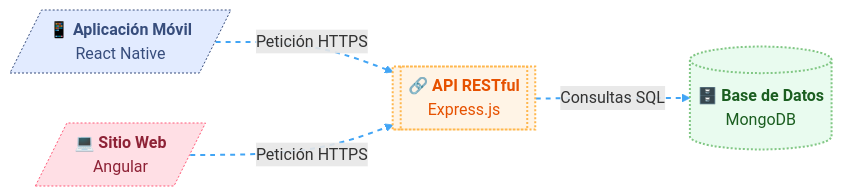
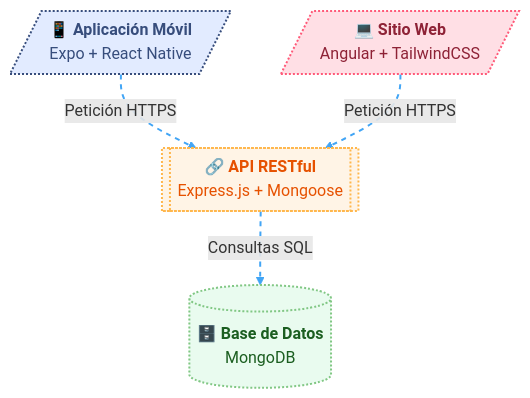
The diagram in README.md (JohnMata0427/Mobile-App-Flor-y-Cera), drawn with Mermaid before and after one commit. The commit also changed other lines of this file, not shown here.

````diff
--- a/README.md
+++ b/README.md
@@ -19,25 +21,25 @@
 ```mermaid
-flowchart LR
-  APP@{ shape: lean-r, label: "📱 **Aplicación Móvil**<br/>React Native" }
-  WEB@{ shape: lean-r, label: "💻 **Sitio Web**<br/>Angular" }
-  API@{ shape: subproc, label: "🔗 **API RESTful**<br/>Express.js" }
+flowchart TB
+  APP@{ shape: lean-r, label: "📱 **Aplicación Móvil**<br/>Expo + React Native" }
+  WEB@{ shape: lean-r, label: "💻 **Sitio Web**<br/>Angular + TailwindCSS" }
+  API@{ shape: subproc, label: "🔗 **API RESTful**<br/>Express.js + Mongoose" }
   DB@{ shape: cylinder, label: "🗄️ **Base de Datos**<br/>MongoDB" }
 
   APP -. Petición HTTPS .-> API
   WEB -. Petición HTTPS .-> API
   API -. Consultas SQL .-> DB
 
   APP:::application
   WEB:::frontend
   API:::backend
   DB:::database
 
-  classDef application stroke-width:1px, stroke-dasharray:none, stroke:#374D7C, fill:#E2EBFF, color:#374D7C, stroke-dasharray: 2
-  classDef frontend stroke-width:1px, stroke-dasharray:none, stroke:#FF5978, fill:#FFDFE5, color:#8E2236, stroke-dasharray: 2
-  classDef backend fill:#FFF4E6,stroke:#FFB74D,stroke-width:2px,color:#E65100,shadow, stroke-dasharray: 2
-  classDef database fill:#E9FBEF,stroke:#81C784,stroke-width:2px,color:#1B5E20,shadow, stroke-dasharray: 2
+  classDef application stroke-width:2px,stroke:#374D7C,fill:#E2EBFF,color:#374D7C,stroke-dasharray: 2
+  classDef frontend stroke-width:2px,stroke:#FF5978,fill:#FFDFE5,color:#8E2236,stroke-dasharray: 2
+  classDef backend fill:#FFF4E6,stroke:#FFB74D,stroke-width:2px,color:#E65100,shadow,stroke-dasharray: 2
+  classDef database fill:#E9FBEF,stroke:#81C784,stroke-width:2px,color:#1B5E20,shadow,stroke-dasharray: 2
 
-  linkStyle 0 stroke:#42A5F5,stroke-width:2px,fill:none,stroke-dasharray: 5 5
-  linkStyle 1 stroke:#42A5F5,stroke-width:2px,fill:none,stroke-dasharray: 5 5
-  linkStyle 2 stroke:#42A5F5,stroke-width:2px,fill:none,stroke-dasharray: 5 5
+  linkStyle 0 stroke:#42A5F5,stroke-width:2px,stroke-dasharray: 5 5
+  linkStyle 1 stroke:#42A5F5,stroke-width:2px,stroke-dasharray: 5 5
+  linkStyle 2 stroke:#42A5F5,stroke-width:2px,stroke-dasharray: 5 5
 ```
````
